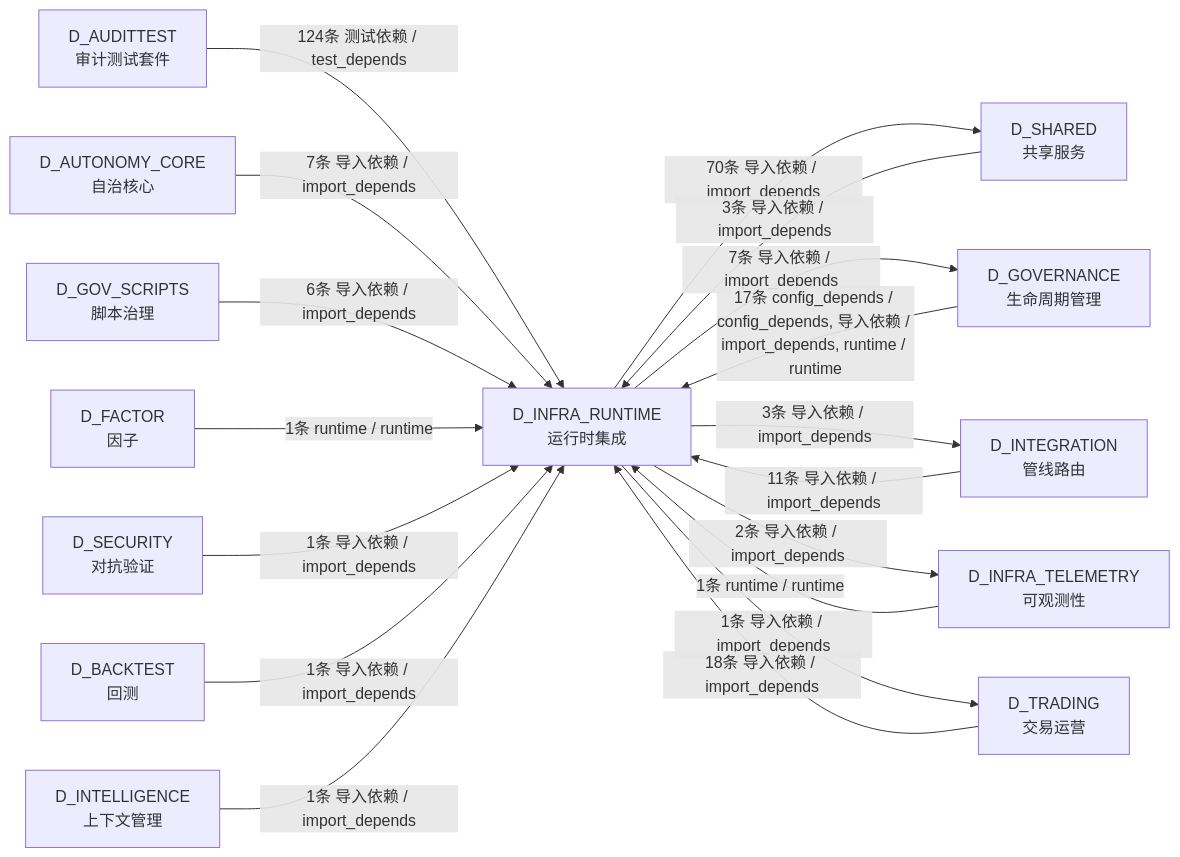
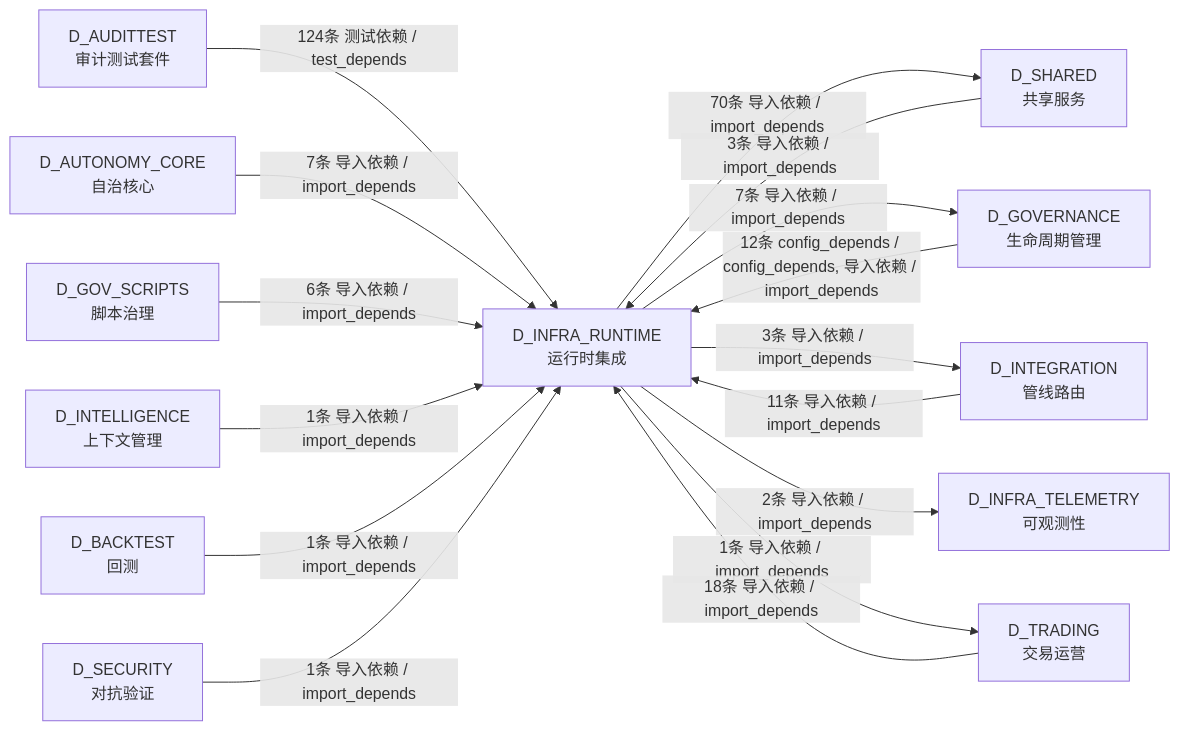
Before and after one commit to xuanFelixVan/ZephyrAlpha: the eighth of 8 diagrams in docs/02_enterprise_architecture/02_domain_architecture_docs/04_d_infra_runtime.md, drawn with Mermaid. The commit also changed other lines of this file and 99 other files, not shown here.

````diff
--- a/docs/02_enterprise_architecture/02_domain_architecture_docs/04_d_infra_runtime.md
+++ b/docs/02_enterprise_architecture/02_domain_architecture_docs/04_d_infra_runtime.md
@@ -1265,33 +1254,30 @@
 ```mermaid
 graph LR
     D_INFRA_RUNTIME["D_INFRA_RUNTIME<br/>运行时集成"]
     D_SHARED["D_SHARED<br/>共享服务"]
     D_GOVERNANCE["D_GOVERNANCE<br/>生命周期管理"]
     D_INTEGRATION["D_INTEGRATION<br/>管线路由"]
     D_INFRA_TELEMETRY["D_INFRA_TELEMETRY<br/>可观测性"]
     D_TRADING["D_TRADING<br/>交易运营"]
     D_AUDITTEST["D_AUDITTEST<br/>审计测试套件"]
     D_AUTONOMY_CORE["D_AUTONOMY_CORE<br/>自治核心"]
     D_GOV_SCRIPTS["D_GOV_SCRIPTS<br/>脚本治理"]
-    D_FACTOR["D_FACTOR<br/>因子"]
+    D_INTELLIGENCE["D_INTELLIGENCE<br/>上下文管理"]
+    D_BACKTEST["D_BACKTEST<br/>回测"]
     D_SECURITY["D_SECURITY<br/>对抗验证"]
-    D_BACKTEST["D_BACKTEST<br/>回测"]
-    D_INTELLIGENCE["D_INTELLIGENCE<br/>上下文管理"]
     D_INFRA_RUNTIME -->|70条 导入依赖 / import_depends| D_SHARED
     D_INFRA_RUNTIME -->|7条 导入依赖 / import_depends| D_GOVERNANCE
     D_INFRA_RUNTIME -->|3条 导入依赖 / import_depends| D_INTEGRATION
     D_INFRA_RUNTIME -->|2条 导入依赖 / import_depends| D_INFRA_TELEMETRY
     D_INFRA_RUNTIME -->|1条 导入依赖 / import_depends| D_TRADING
     D_AUDITTEST -->|124条 测试依赖 / test_depends| D_INFRA_RUNTIME
     D_TRADING -->|18条 导入依赖 / import_depends| D_INFRA_RUNTIME
-    D_GOVERNANCE -->|17条 config_depends / config_depends, 导入依赖 / import_depends, runtime / runtime| D_INFRA_RUNTIME
+    D_GOVERNANCE -->|12条 config_depends / config_depends, 导入依赖 / import_depends| D_INFRA_RUNTIME
     D_INTEGRATION -->|11条 导入依赖 / import_depends| D_INFRA_RUNTIME
     D_AUTONOMY_CORE -->|7条 导入依赖 / import_depends| D_INFRA_RUNTIME
     D_GOV_SCRIPTS -->|6条 导入依赖 / import_depends| D_INFRA_RUNTIME
     D_SHARED -->|3条 导入依赖 / import_depends| D_INFRA_RUNTIME
-    D_FACTOR -->|1条 runtime / runtime| D_INFRA_RUNTIME
+    D_INTELLIGENCE -->|1条 导入依赖 / import_depends| D_INFRA_RUNTIME
+    D_BACKTEST -->|1条 导入依赖 / import_depends| D_INFRA_RUNTIME
     D_SECURITY -->|1条 导入依赖 / import_depends| D_INFRA_RUNTIME
-    D_BACKTEST -->|1条 导入依赖 / import_depends| D_INFRA_RUNTIME
-    D_INTELLIGENCE -->|1条 导入依赖 / import_depends| D_INFRA_RUNTIME
-    D_INFRA_TELEMETRY -->|1条 runtime / runtime| D_INFRA_RUNTIME
 ```
````
